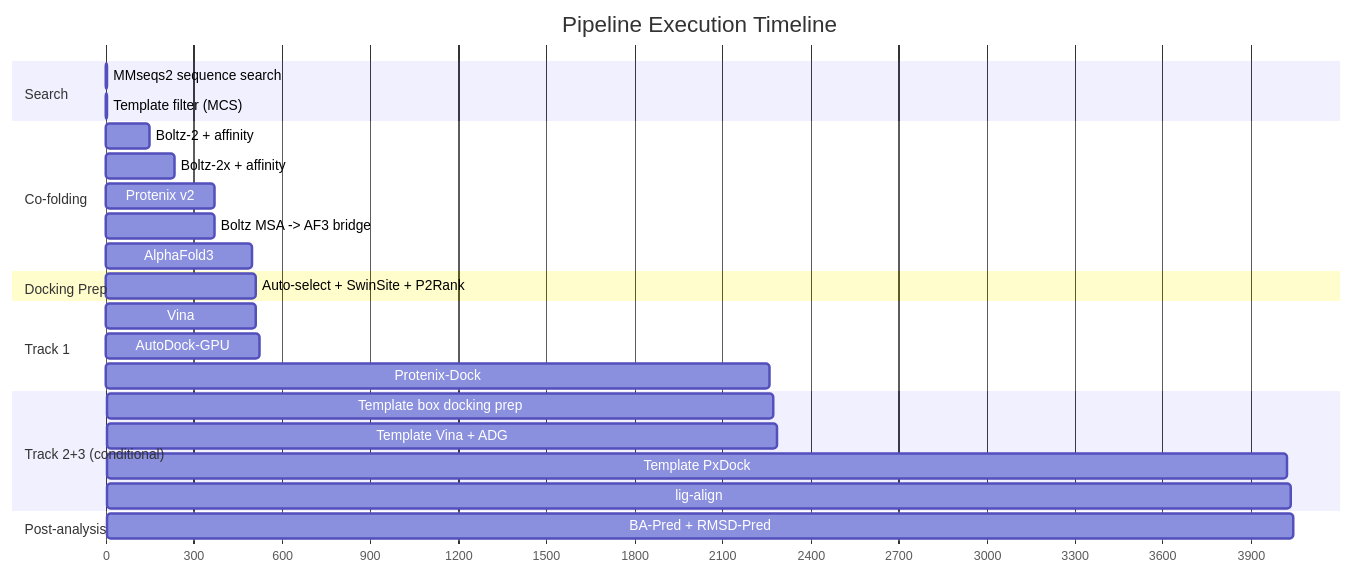
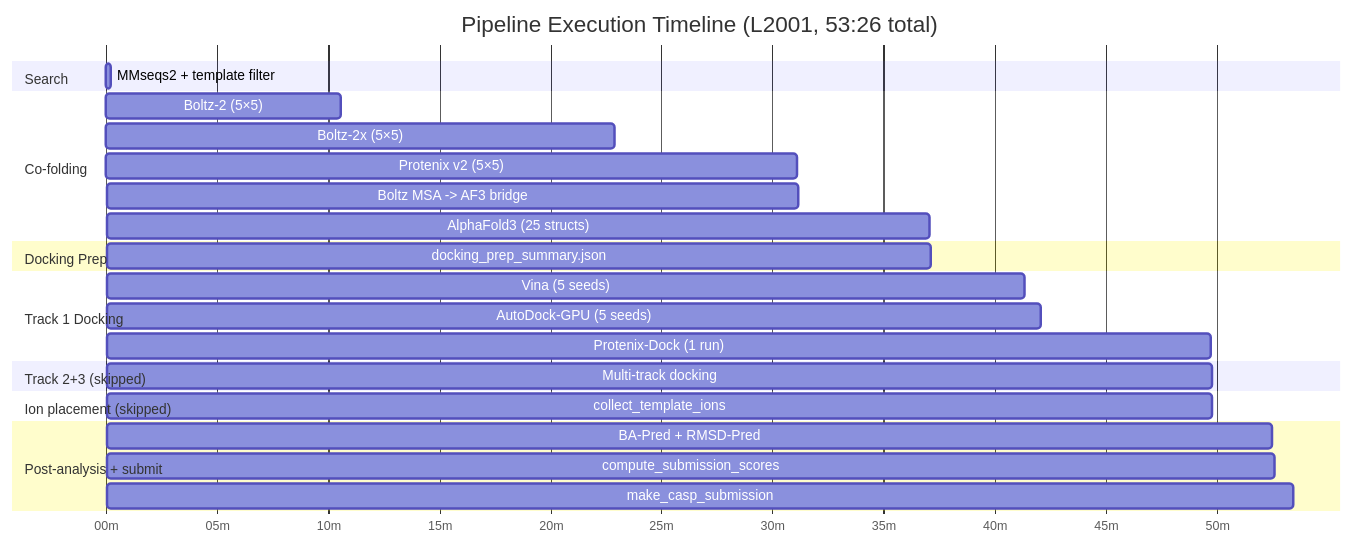
Diagram 21 of 22 in docs/pipeline.md (eightmm/mosaic-pl), drawn with Mermaid before and after one commit. The commit also changed other lines of this file and 10 other files, not shown here.

First line of the commit message:
fix(pipeline): ADG dynamic GPF, pLDDT auto-select, top-5 diverse submission, ref analysis

````diff
--- a/docs/pipeline.md
+++ b/docs/pipeline.md
@@ -661,34 +682,35 @@
 ```mermaid
 gantt
-    title Pipeline Execution Timeline
+    title Pipeline Execution Timeline (L2001, 53:26 total)
     dateFormat X
-    axisFormat %s
+    axisFormat %Mm
 
     section Search
-    MMseqs2 sequence search     :0, 3
-    Template filter (MCS)       :3, 5
+    MMseqs2 + template filter    :0, 13
 
     section Co-folding
-    Boltz-2 + affinity          :5, 148
-    Boltz-2x + affinity         :148, 236
-    Protenix v2                 :236, 369
-    Boltz MSA -> AF3 bridge     :369, 370
-    AlphaFold3                  :370, 499
+    Boltz-2 (5×5)                 :13, 635
+    Boltz-2x (5×5)                :635, 1375
+    Protenix v2 (5×5)             :1375, 1867
+    Boltz MSA -> AF3 bridge       :1867, 1870
+    AlphaFold3 (25 structs)       :1870, 2223
 
     section Docking Prep
-    Auto-select + SwinSite + P2Rank :499, 509
+    docking_prep_summary.json     :2223, 2228
 
-    section Track 1
-    Vina                        :509, 512
-    AutoDock-GPU                :512, 522
-    Protenix-Dock               :522, 2262
+    section Track 1 Docking
+    Vina (5 seeds)                :2228, 2482
+    AutoDock-GPU (5 seeds)        :2482, 2524
+    Protenix-Dock (1 run)         :2524, 2983
 
-    section Track 2+3 (conditional)
-    Template box docking prep   :2262, 2272
-    Template Vina + ADG         :2272, 2285
-    Template PxDock             :2285, 4025
-    lig-align                   :4025, 4035
+    section Track 2+3 (skipped)
+    Multi-track docking           :2983, 2985
 
-    section Post-analysis
-    BA-Pred + RMSD-Pred         :4035, 4045
+    section Ion placement (skipped)
+    collect_template_ions         :2985, 2987
+
+    section Post-analysis + submit
+    BA-Pred + RMSD-Pred           :2987, 3150
+    compute_submission_scores     :3150, 3155
+    make_casp_submission          :3155, 3206
 ```
````
